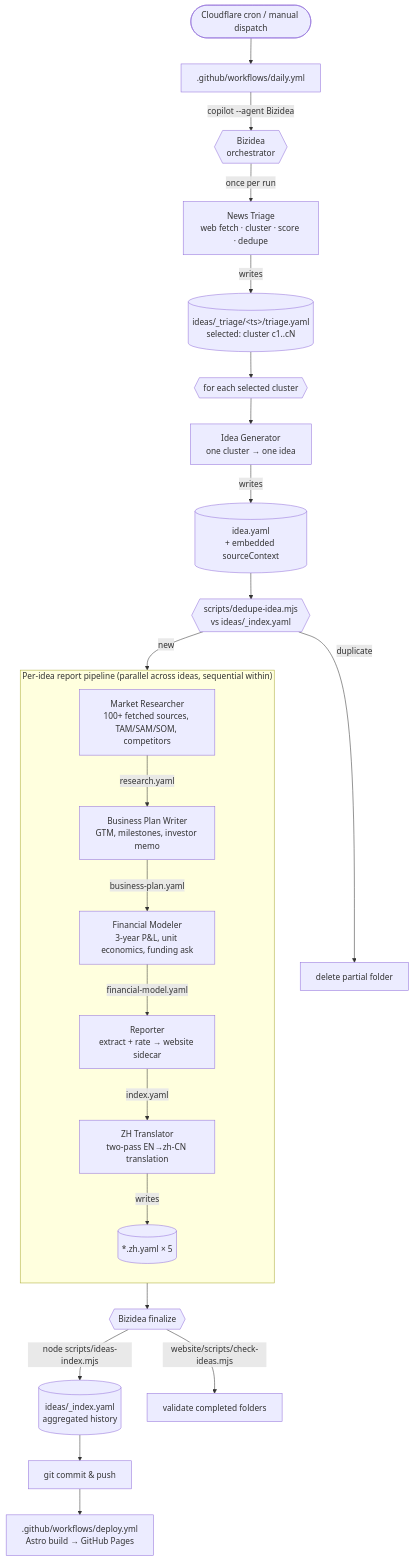
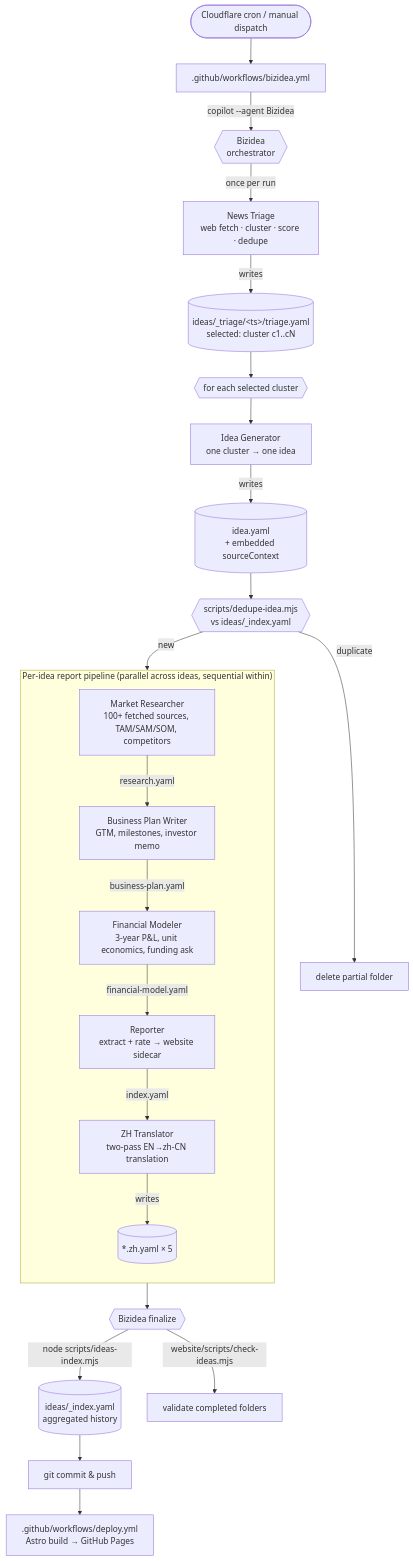
The diagram in README.md (vibewatch/bizidea), drawn with Mermaid before and after one commit. The commit also changed other lines of this file and 6 other files, not shown here.

Commit message:
feat: implement new Bizidea workflow and update Cloudflare scheduler for daily runs

````diff
--- a/README.md
+++ b/README.md
@@ -13,30 +13,30 @@
 ```mermaid
 flowchart TD
-  cron([Cloudflare cron / manual dispatch]) --> wf[".github/workflows/daily.yml"]
+  cron([Cloudflare cron / manual dispatch]) --> wf[".github/workflows/bizidea.yml"]
     wf -->|"copilot --agent Bizidea"| orch{{"Bizidea<br/>orchestrator"}}
 
     orch -->|"once per run"| triage["News Triage<br/>web fetch · cluster · score · dedupe"]
     triage -->|"writes"| triageFile[("ideas/_triage/&lt;ts&gt;/triage.yaml<br/>selected: cluster c1..cN")]
 
     triageFile --> fanout{{"for each selected cluster"}}
     fanout --> idea["Idea Generator<br/>one cluster &rarr; one idea"]
     idea -->|"writes"| ideaFile[("idea.yaml<br/>+ embedded sourceContext")]
     ideaFile --> dedup{{"scripts/dedupe-idea.mjs<br/>vs ideas/_index.yaml"}}
     dedup -->|"duplicate"| drop["delete partial folder"]
     dedup -->|"new"| pipeline
 
     subgraph pipeline ["Per-idea report pipeline (parallel across ideas, sequential within)"]
         direction TB
         mr["Market Researcher<br/>100+ fetched sources, TAM/SAM/SOM, competitors"] -->|"research.yaml"| bp["Business Plan Writer<br/>GTM, milestones, investor memo"]
         bp -->|"business-plan.yaml"| fm["Financial Modeler<br/>3-year P&amp;L, unit economics, funding ask"]
         fm -->|"financial-model.yaml"| rep["Reporter<br/>extract + rate &rarr; website sidecar"]
         rep -->|"index.yaml"| zh["ZH Translator<br/>two-pass EN&rarr;zh-CN translation"]
         zh -->|"writes"| zhFiles[("*.zh.yaml &times; 5")]
     end
 
     zhFiles --> finalize{{"Bizidea finalize"}}
     finalize -->|"node scripts/ideas-index.mjs"| indexFile[("ideas/_index.yaml<br/>aggregated history")]
     finalize -->|"website/scripts/check-ideas.mjs"| validate["validate completed folders"]
     indexFile --> push["git commit &amp; push"]
     push --> deploy[".github/workflows/deploy.yml<br/>Astro build &rarr; GitHub Pages"]
 ```
````
